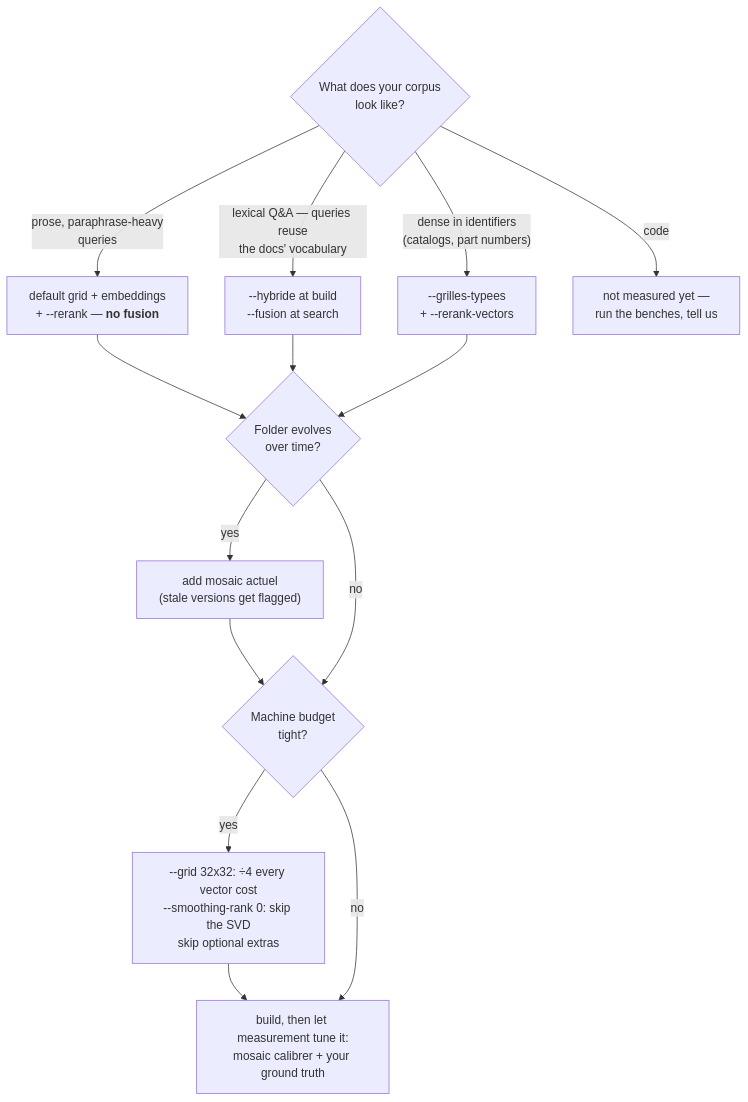
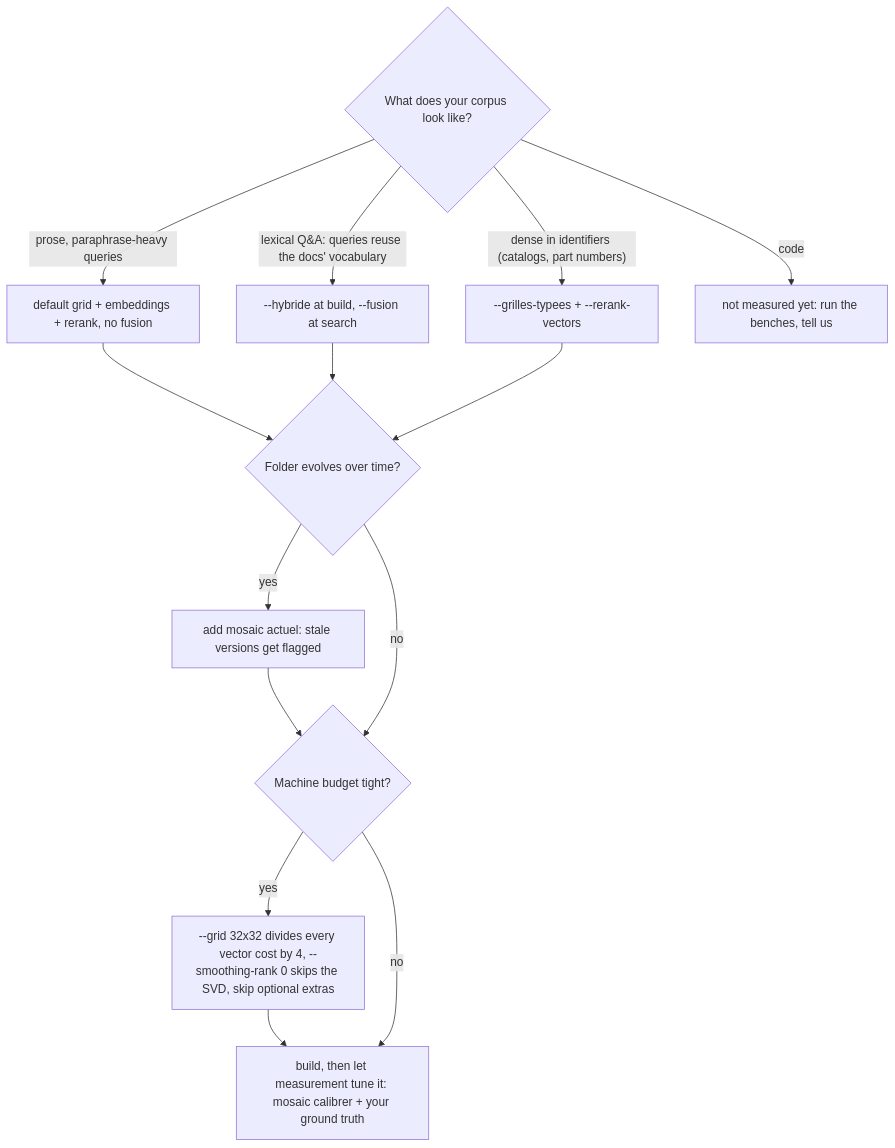
One commit to alexxb2mg-svg/Mosaic changed the diagram in README.md. Above: the diagram before and after it, drawn with Mermaid.

Commit message:
docs(readme): mermaid labels in plain text — GitHub swallows <br/> without a space
Verified in the rendered page: GitHub's mermaid strips <br/> and glues the
surrounding words ('corpuslook', 'budgettight', 'SVDskip'). Labels rewritten
as plain sentences — the renderer wraps on spaces by itself.

````diff
--- a/README.md
+++ b/README.md
@@ -165,15 +165,15 @@
 ```mermaid
 flowchart TD
-    Q{"What does your corpus<br/>look like?"}
-    Q -->|"prose, paraphrase-heavy<br/>queries"| A["default grid + embeddings<br/>+ --rerank — <b>no fusion</b>"]
-    Q -->|"lexical Q&A — queries reuse<br/>the docs' vocabulary"| B["--hybride at build<br/>--fusion at search"]
-    Q -->|"dense in identifiers<br/>(catalogs, part numbers)"| C["--grilles-typees<br/>+ --rerank-vectors"]
-    Q -->|"code"| U["not measured yet —<br/>run the benches, tell us"]
-    A --> T{"Folder evolves<br/>over time?"}
+    Q{"What does your corpus look like?"}
+    Q -->|"prose, paraphrase-heavy queries"| A["default grid + embeddings + rerank, no fusion"]
+    Q -->|"lexical Q&A: queries reuse the docs' vocabulary"| B["--hybride at build, --fusion at search"]
+    Q -->|"dense in identifiers (catalogs, part numbers)"| C["--grilles-typees + --rerank-vectors"]
+    Q -->|"code"| U["not measured yet: run the benches, tell us"]
+    A --> T{"Folder evolves over time?"}
     B --> T
     C --> T
-    T -->|"yes"| V["add mosaic actuel<br/>(stale versions get flagged)"] --> M
-    T -->|"no"| M{"Machine budget<br/>tight?"}
-    M -->|"yes"| S["--grid 32x32: ÷4 every vector cost<br/>--smoothing-rank 0: skip the SVD<br/>skip optional extras"] --> DONE
-    M -->|"no"| DONE["build, then let measurement tune it:<br/>mosaic calibrer + your ground truth"]
+    T -->|"yes"| V["add mosaic actuel: stale versions get flagged"] --> M
+    T -->|"no"| M{"Machine budget tight?"}
+    M -->|"yes"| S["--grid 32x32 divides every vector cost by 4, --smoothing-rank 0 skips the SVD, skip optional extras"] --> DONE
+    M -->|"no"| DONE["build, then let measurement tune it: mosaic calibrer + your ground truth"]
 ```
````
